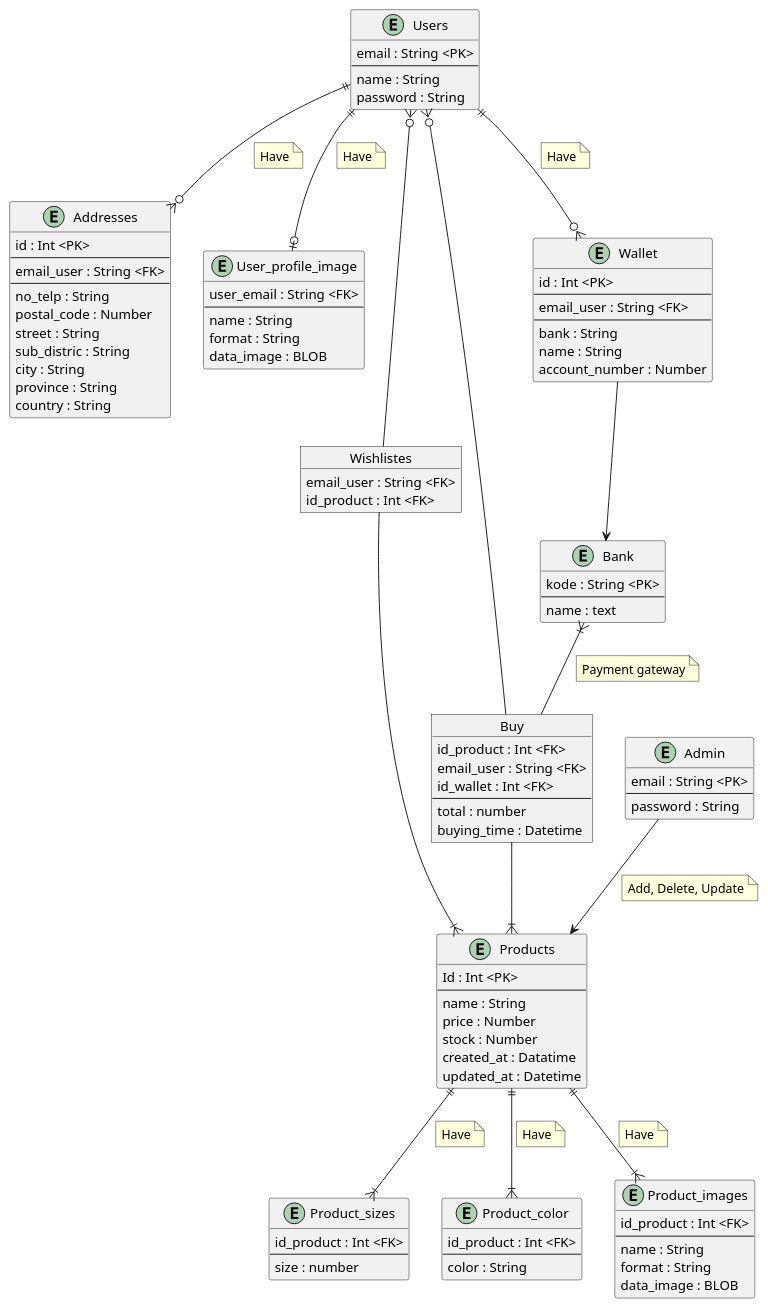
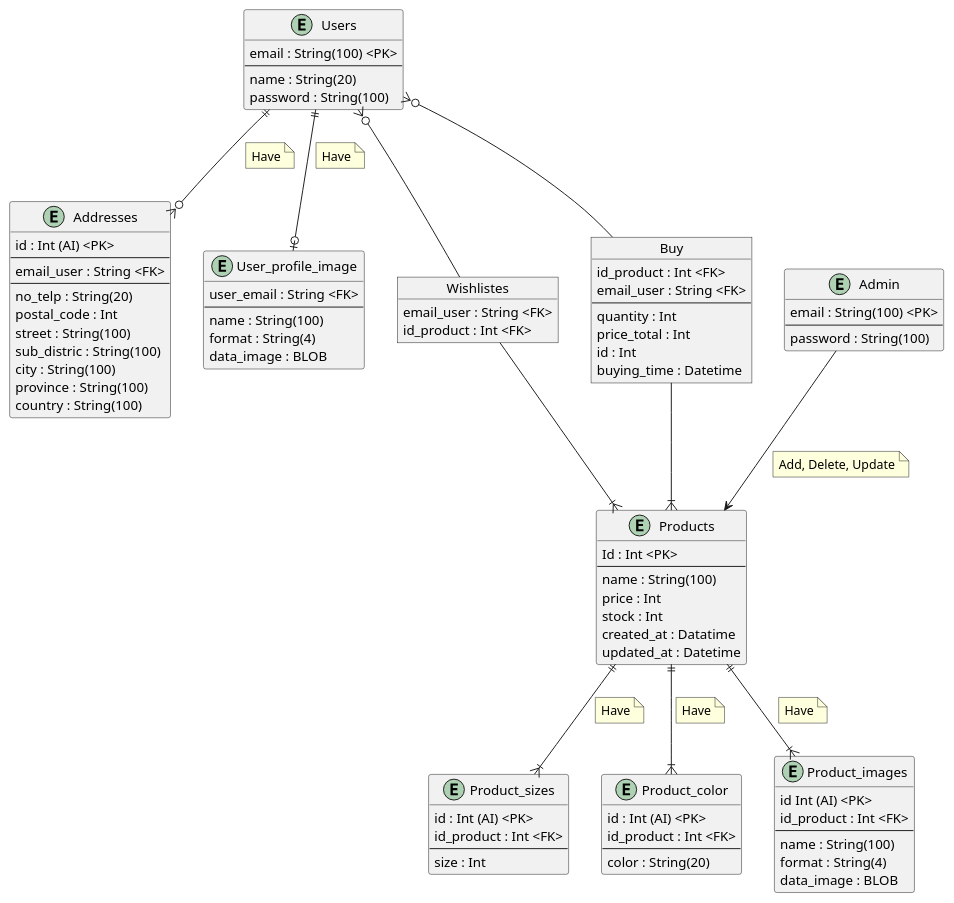
One commit to Angga-R/zxsneakers_api changed the diagram in docs/erd.puml. Above: the diagram before and after it, drawn with PlantUML. The commit also changed 2 other files, not shown here.

```diff
--- a/docs/erd.puml
+++ b/docs/erd.puml
@@ -1,134 +1,113 @@
 @startuml ZXSneakers
 entity Users {
- email : String <PK>
+ email : String(100) <PK>
  --
- name : String
- password : String
+ name : String(20)
+ password : String(100)
 }
 
 entity Admin {
- email : String <PK>
+ email : String(100) <PK>
  --
- password : String
+ password : String(100)
 }
 
 entity Products {
  Id : Int <PK>
  --
- name : String
- price : Number
- stock : Number
+ name : String(100)
+ price : Int
+ stock : Int
  created_at : Datatime
  updated_at : Datetime
 }
 
 entity Product_sizes {
+ id : Int (AI) <PK>
  id_product : Int <FK>
  --
- size : number
+ size : Int
 }
 
 entity Product_color {
+ id : Int (AI) <PK>
  id_product : Int <FK>
  --
- color : String
+ color : String(20)
 }
 
 entity Product_images {
+ id Int (AI) <PK>
  id_product : Int <FK>
  --
- name : String
- format : String
+ name : String(100)
+ format : String(4)
  data_image : BLOB
 }
 
 entity Addresses {
- id : Int <PK>
+ id : Int (AI) <PK>
  --
  email_user : String <FK>
  --
- no_telp : String
- postal_code : Number
- street : String
- sub_distric : String
- city : String
- province : String
- country : String
+ no_telp : String(20)
+ postal_code : Int
+ street : String(100)
+ sub_distric : String(100)
+ city : String(100)
+ province : String(100)
+ country : String(100)
 }
 
 entity User_profile_image {
  user_email : String <FK>
  --
- name : String
- format : String
+ name : String(100)
+ format : String(4)
  data_image : BLOB
-}
-
-entity Wallet {
- id : Int <PK>
- --
- email_user : String <FK>
- --
- bank : String
- name : String
- account_number : Number
-}
-
-entity Bank {
-    kode : String <PK>
-    --
-    name : text
 }
 
 object Wishlistes {
  email_user : String <FK>
  id_product : Int <FK>
 }
 
 object Buy {
  id_product : Int <FK>
  email_user : String <FK>
- id_wallet : Int <FK>
  --
- total : number
+ quantity : Int
+ price_total : Int
+ id : Int
  buying_time : Datetime
 }
 
 Users ||--o{ Addresses
-note on link
-    Have
-end note
-Users ||--o{ Wallet
 note on link
     Have
 end note
 Users ||--o| User_profile_image
 note on link
     Have
 end note
 Products ||--|{ Product_sizes
 note on link
     Have
 end note
 Products ||--|{ Product_color
 note on link
     Have
 end note
 Products ||--|{ Product_images
 note on link
     Have
 end note
 Users }o-- Buy
-Bank }|-- Buy 
-note on link
-    Payment gateway
-end note
 Buy --|{ Products
 Users }o-- Wishlistes
 Wishlistes --|{ Products
 Admin --> Products
 note on link
     Add, Delete, Update
 end note
-Wallet --> Bank
 @enduml
```
